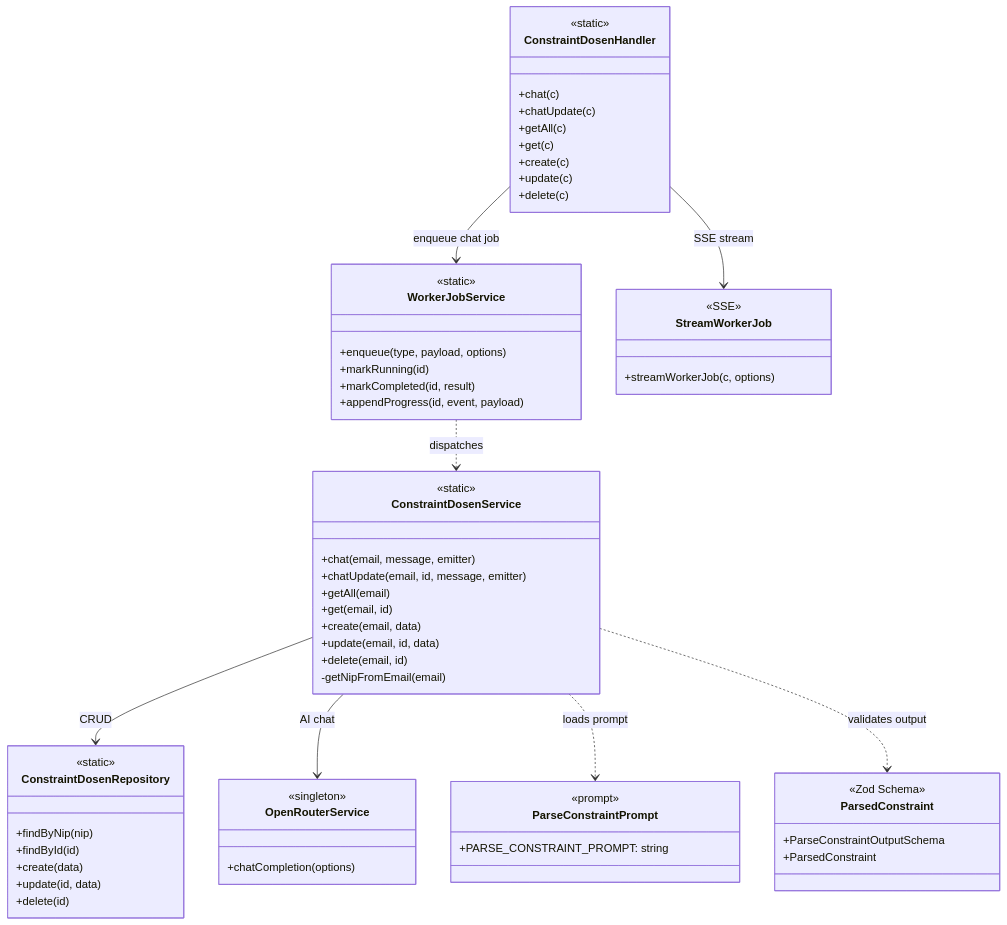
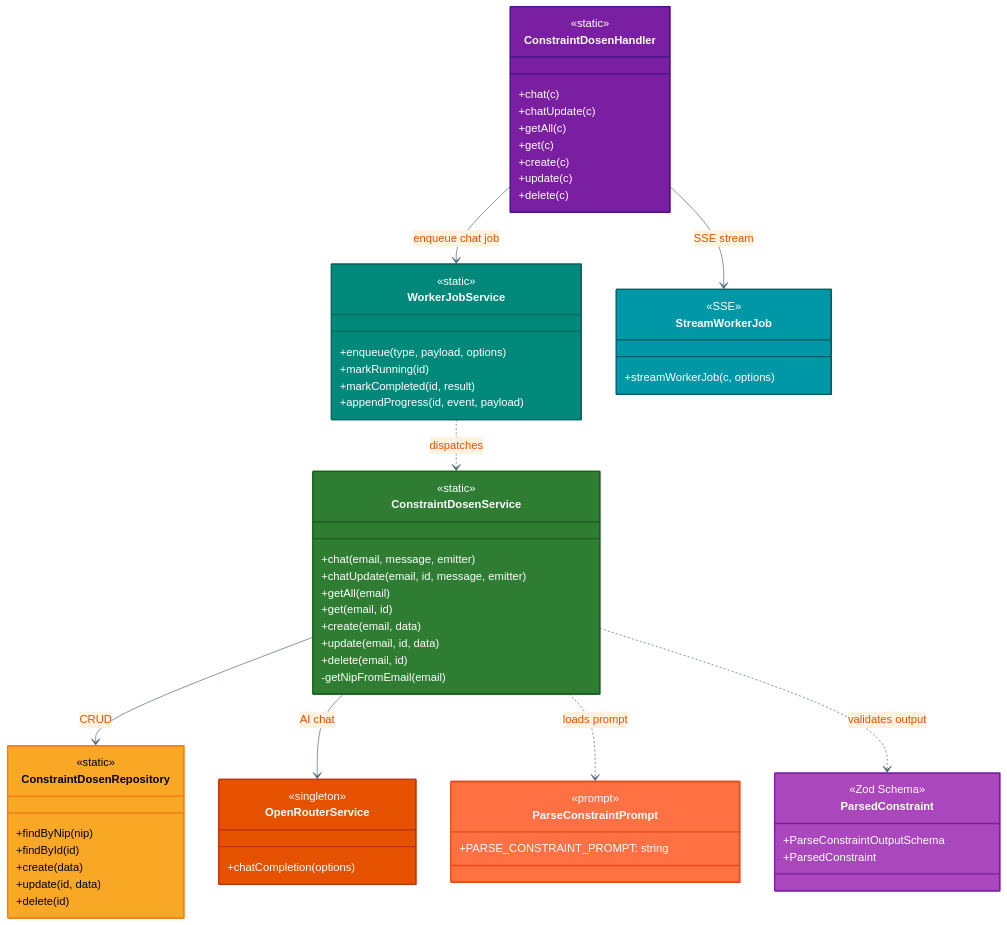
The ninth of 12 diagrams in architecture-c4-level4.md (luna-gindra/c4-architecture-hono-api-seminar), drawn with Mermaid before and after one commit. The commit also changed other lines of this file and 1 other file, not shown here.

First line of the commit message:
🎨 Add colorful styling to all C4 architecture diagrams

````diff
--- a/architecture-c4-level4.md
+++ b/architecture-c4-level4.md
@@ -664,4 +801,10 @@
 ```mermaid
+%%{init: {"theme": "base", "themeVariables": {
+    "primaryColor": "#FFF3E0",
+    "primaryTextColor": "#E65100",
+    "lineColor": "#546E7A",
+    "fontSize": 13
+}}}%%
 classDiagram
     class ConstraintDosenHandler {
         <<static>>
@@ -731,4 +874,13 @@
     ConstraintDosenService --> OpenRouterService : AI chat
     ConstraintDosenService ..> ParseConstraintPrompt : loads prompt
     ConstraintDosenService ..> ParsedConstraint : validates output
+
+    style ConstraintDosenHandler fill:#7B1FA2,color:#fff,stroke:#4A148C,stroke-width:2px
+    style ConstraintDosenService fill:#2E7D32,color:#fff,stroke:#1B5E20,stroke-width:2px
+    style ConstraintDosenRepository fill:#F9A825,color:#000,stroke:#F57F17,stroke-width:2px
+    style OpenRouterService fill:#E65100,color:#fff,stroke:#BF360C,stroke-width:2px
+    style ParseConstraintPrompt fill:#FF7043,color:#fff,stroke:#E64A19,stroke-width:2px
+    style ParsedConstraint fill:#AB47BC,color:#fff,stroke:#7B1FA2,stroke-width:2px
+    style WorkerJobService fill:#00897B,color:#fff,stroke:#00695C,stroke-width:2px
+    style StreamWorkerJob fill:#0097A7,color:#fff,stroke:#006064,stroke-width:2px
 ```
````
